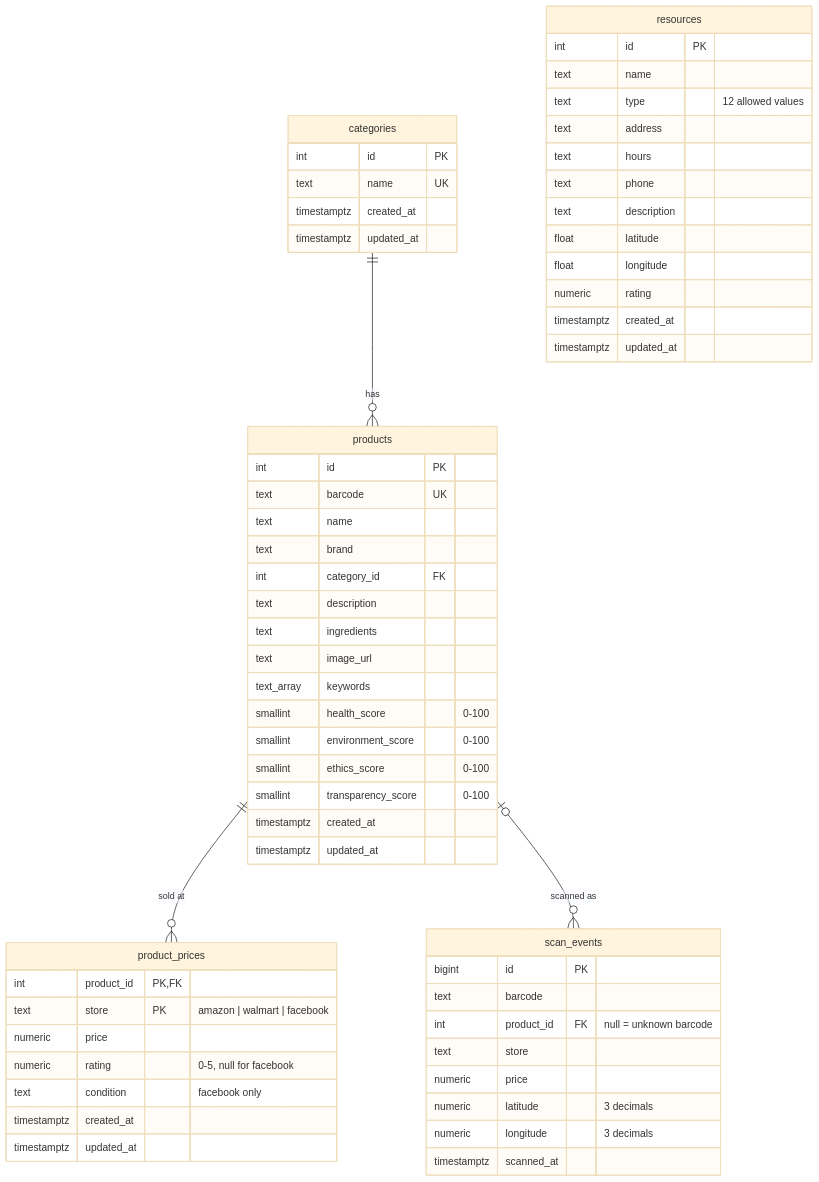
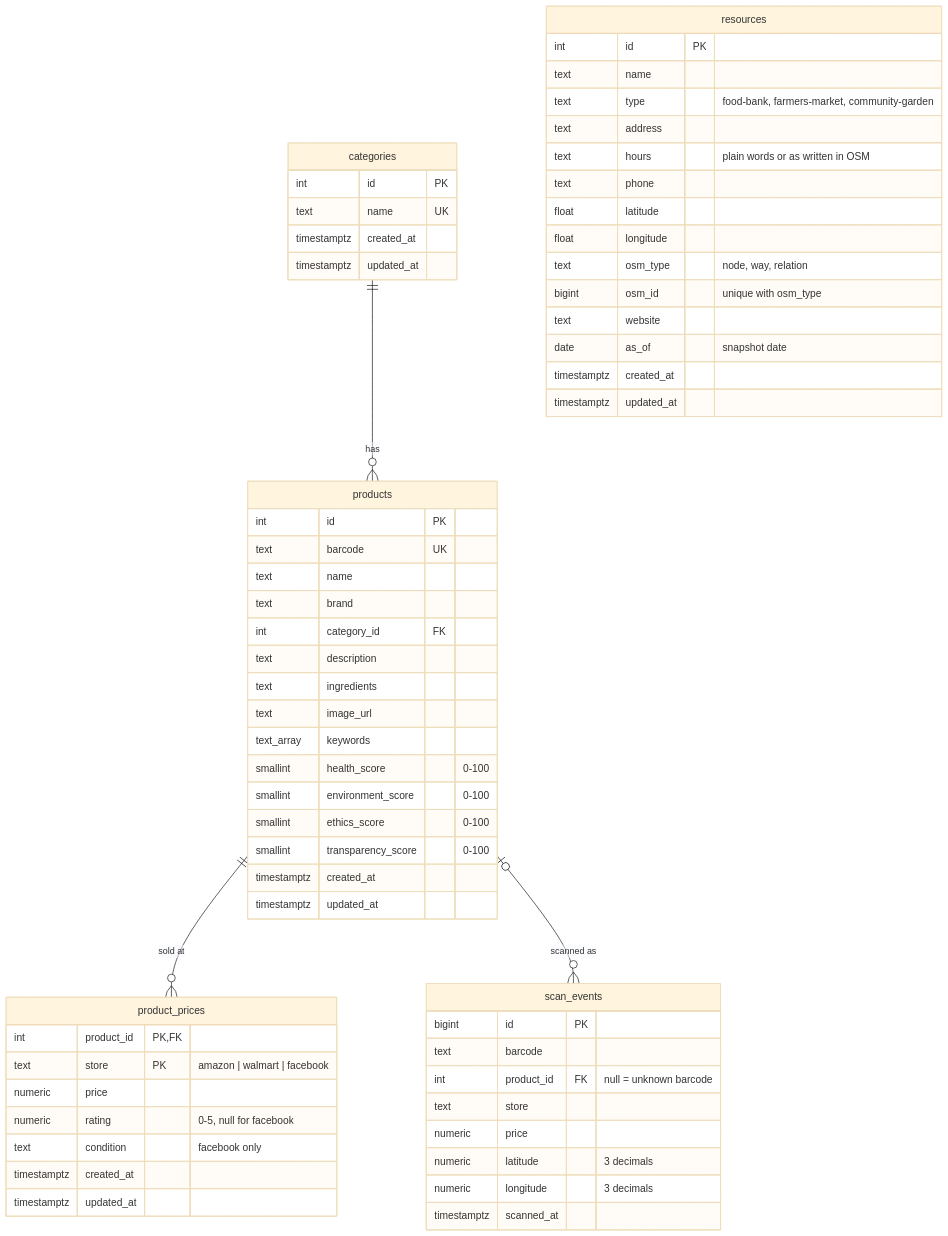
Before and after one commit to skynetrebel42/ecogo: the diagram in ARCHITECTURE.md, drawn with Mermaid (base theme). The commit also changed other lines of this file and 5 other files, not shown here.

````diff
--- a/ARCHITECTURE.md
+++ b/ARCHITECTURE.md
@@ -154,62 +156,64 @@
 ```mermaid
 erDiagram
     categories ||--o{ products : "has"
     products ||--o{ product_prices : "sold at"
     products |o--o{ scan_events : "scanned as"
     categories {
         int id PK
         text name UK
         timestamptz created_at
         timestamptz updated_at
     }
     products {
         int id PK
         text barcode UK
         text name
         text brand
         int category_id FK
         text description
         text ingredients
         text image_url
         text_array keywords
         smallint health_score "0-100"
         smallint environment_score "0-100"
         smallint ethics_score "0-100"
         smallint transparency_score "0-100"
         timestamptz created_at
         timestamptz updated_at
     }
     product_prices {
         int product_id PK,FK
         text store PK "amazon | walmart | facebook"
         numeric price
         numeric rating "0-5, null for facebook"
         text condition "facebook only"
         timestamptz created_at
         timestamptz updated_at
     }
     resources {
         int id PK
         text name
-        text type "12 allowed values"
+        text type "food-bank, farmers-market, community-garden"
         text address
-        text hours
+        text hours "plain words or as written in OSM"
         text phone
-        text description
         float latitude
         float longitude
-        numeric rating
+        text osm_type "node, way, relation"
+        bigint osm_id "unique with osm_type"
+        text website
+        date as_of "snapshot date"
         timestamptz created_at
         timestamptz updated_at
     }
     scan_events {
         bigint id PK
         text barcode
         int product_id FK "null = unknown barcode"
         text store
         numeric price
         numeric latitude "3 decimals"
         numeric longitude "3 decimals"
         timestamptz scanned_at
     }
 ```
````
